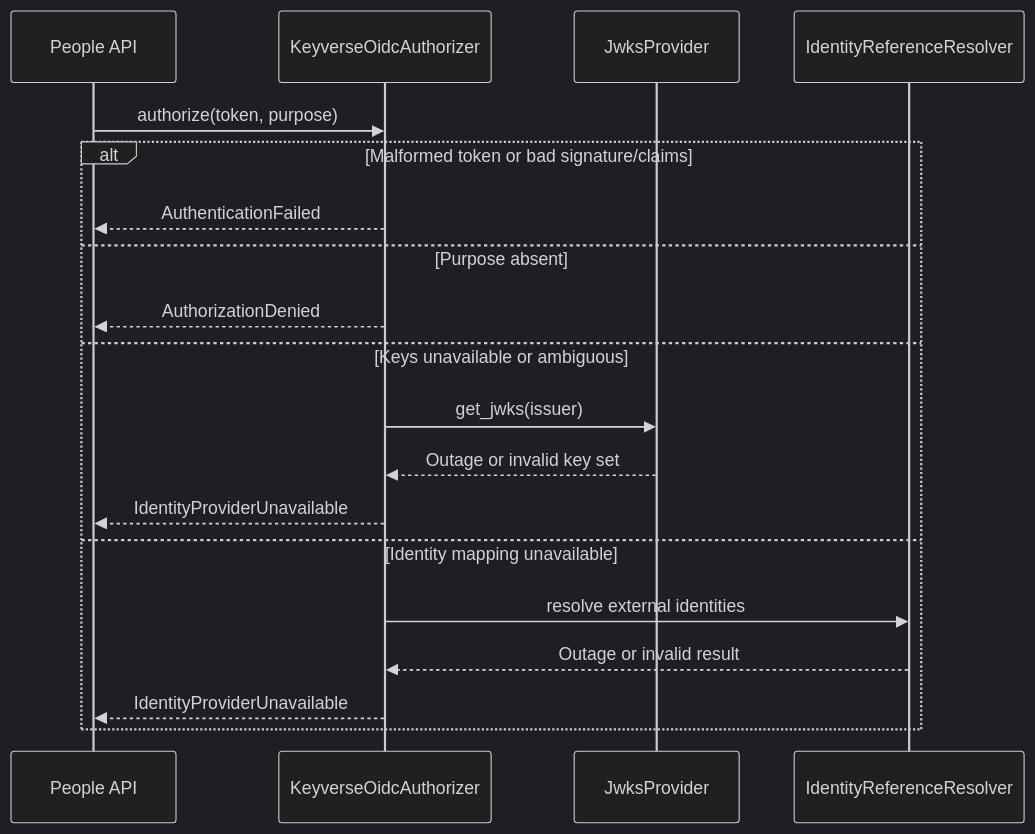
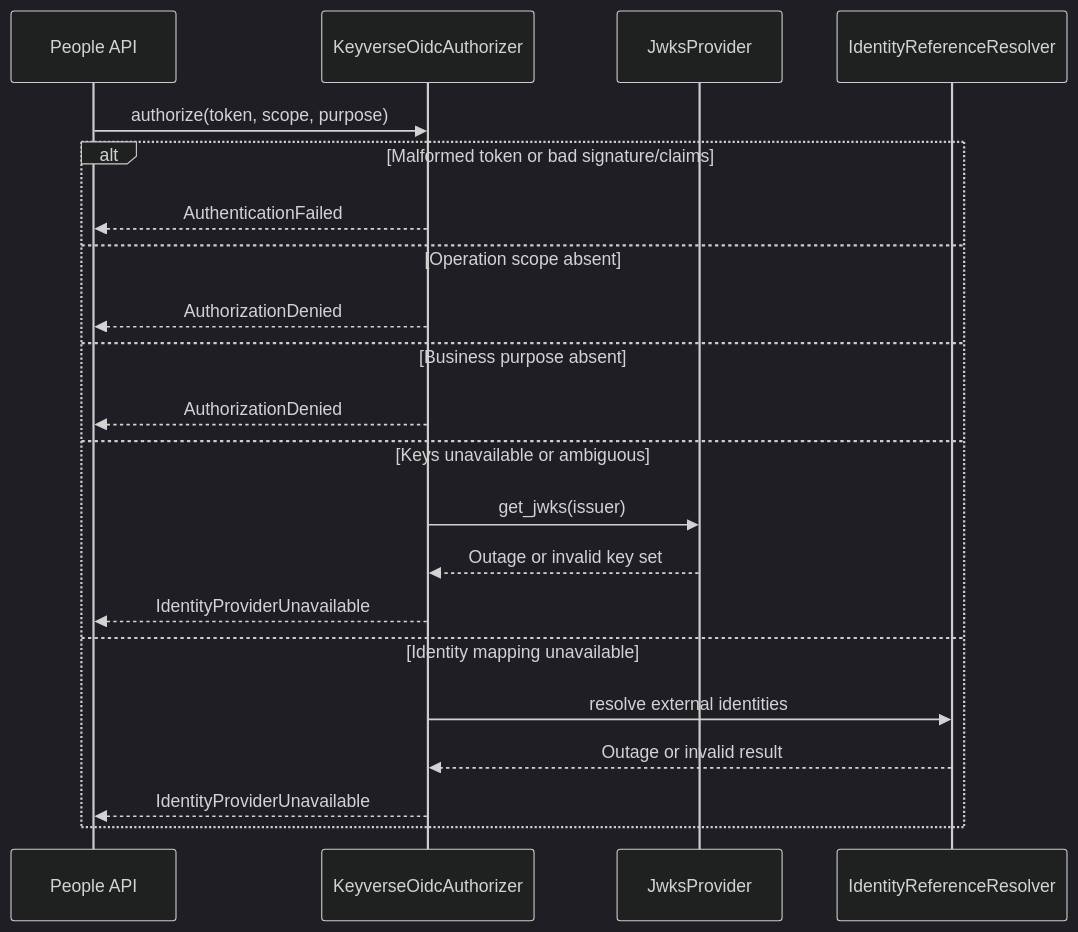
The third of 3 diagrams in docs/UML_KEYVERSE_AUTH.md (ContextualWisdomLab/Orgmetra), drawn with Mermaid (dark theme) before and after one commit. The commit also changed other lines of this file, not shown here.

Commit message:
docs: show independent scope and purpose authorization

````diff
--- a/docs/UML_KEYVERSE_AUTH.md
+++ b/docs/UML_KEYVERSE_AUTH.md
@@ -39,22 +42,24 @@
 ```mermaid
 sequenceDiagram
     participant API as People API
     participant Auth as KeyverseOidcAuthorizer
     participant Keys as JwksProvider
     participant Resolver as IdentityReferenceResolver
 
-    API->>Auth: authorize(token, purpose)
+    API->>Auth: authorize(token, scope, purpose)
     alt Malformed token or bad signature/claims
         Auth-->>API: AuthenticationFailed
-    else Purpose absent
+    else Operation scope absent
+        Auth-->>API: AuthorizationDenied
+    else Business purpose absent
         Auth-->>API: AuthorizationDenied
     else Keys unavailable or ambiguous
         Auth->>Keys: get_jwks(issuer)
         Keys-->>Auth: Outage or invalid key set
         Auth-->>API: IdentityProviderUnavailable
     else Identity mapping unavailable
         Auth->>Resolver: resolve external identities
         Resolver-->>Auth: Outage or invalid result
         Auth-->>API: IdentityProviderUnavailable
     end
 ```
````
